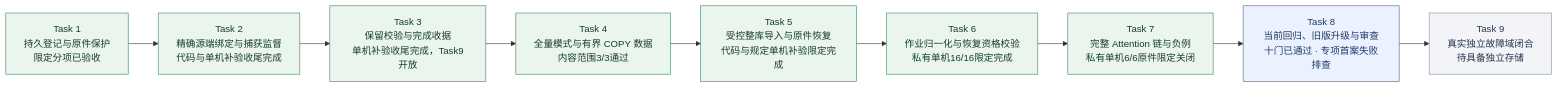
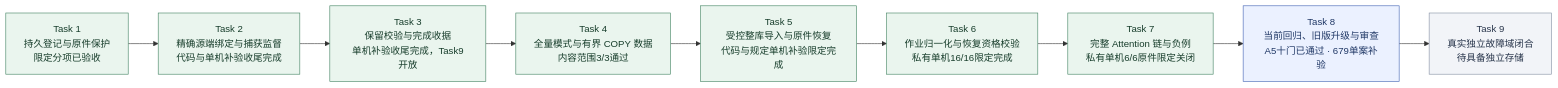
The second of 9 diagrams in docs/KnowWeave实施路线与系统架构.md (MansurnamedZhang/learning-system-p0c4), drawn with Mermaid before and after one commit. The commit also changed other lines of this file and 11 other files, not shown here.

````diff
--- a/docs/KnowWeave实施路线与系统架构.md
+++ b/docs/KnowWeave实施路线与系统架构.md
@@ -81,26 +81,26 @@
 ```mermaid
 flowchart LR
     C4T1["Task 1<br/>持久登记与原件保护<br/>限定分项已验收"]
     C4T2["Task 2<br/>精确源端绑定与捕获监督<br/>代码与单机补验收尾完成"]
     C4T3["Task 3<br/>保留校验与完成收据<br/>单机补验收尾完成，Task9开放"]
     C4T4["Task 4<br/>全量模式与有界 COPY 数据<br/>内容范围3/3通过"]
     C4T5["Task 5<br/>受控整库导入与原件恢复<br/>代码与规定单机补验限定完成"]
     C4T6["Task 6<br/>作业归一化与恢复资格校验<br/>私有单机16/16限定完成"]
     C4T7["Task 7<br/>完整 Attention 链与负例<br/>私有单机6/6原件限定关闭"]
-    C4T8["Task 8<br/>当前回归、旧版升级与审查<br/>十门已通过 · 专项首案失败排查"]
+    C4T8["Task 8<br/>当前回归、旧版升级与审查<br/>A5十门已通过 · 679单案补验"]
     C4T9["Task 9<br/>真实独立故障域闭合<br/>待具备独立存储"]
     C4T1 --> C4T2
     C4T2 --> C4T3
     C4T3 --> C4T4
     C4T4 --> C4T5
     C4T5 --> C4T6
     C4T6 --> C4T7
     C4T7 --> C4T8
     C4T8 --> C4T9
     class C4T1,C4T2,C4T3,C4T4,C4T5,C4T6,C4T7 done
     class C4T8 next
     class C4T9 planned
     classDef done fill:#eaf5ee,stroke:#438363,color:#173d2b
     classDef next fill:#ebf1ff,stroke:#4365b4,color:#203866
     classDef planned fill:#f2f4f8,stroke:#8591a3,color:#28354b
 ```
````
